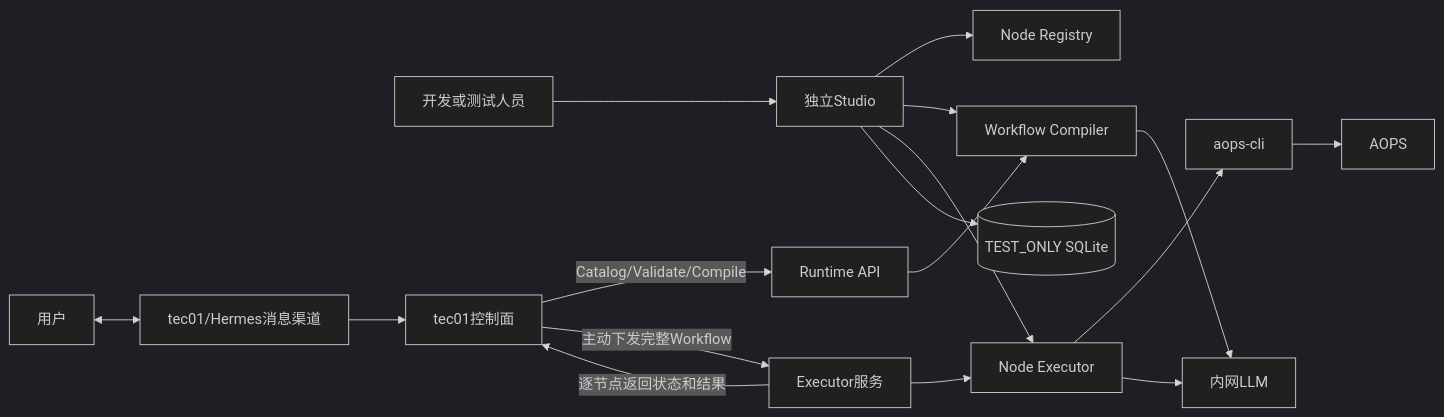
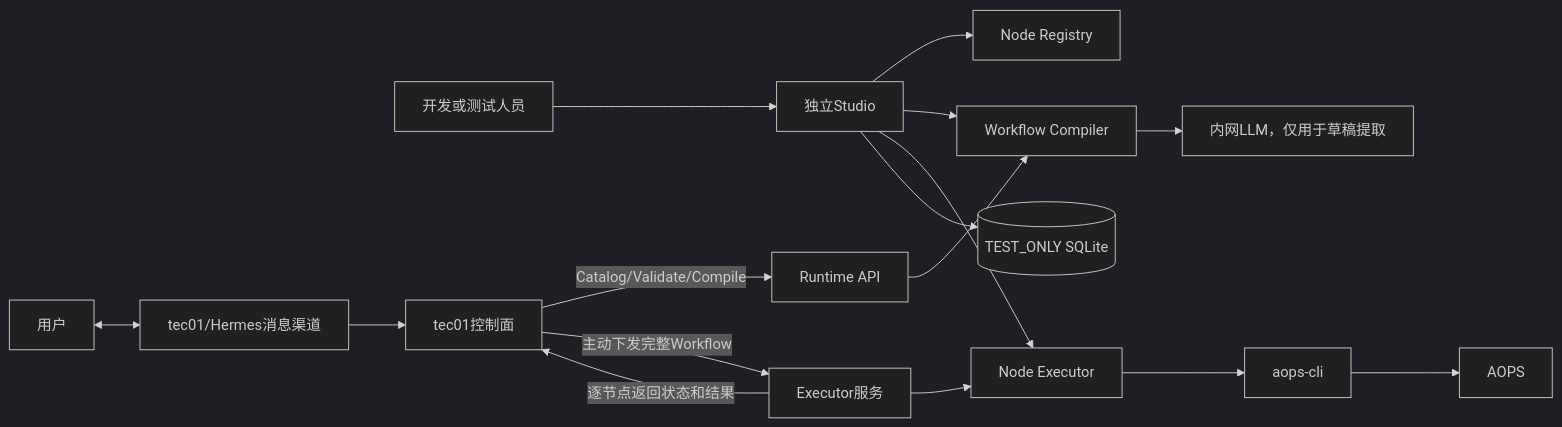
The diagram in docs/architecture.md (armin1024/itsm-workflow), drawn with Mermaid (dark theme) before and after one commit. The commit also changed other lines of this file and 7 other files, not shown here.

Commit message:
docs: define tec01 plan validation ownership and HITL flow

````diff
--- a/docs/architecture.md
+++ b/docs/architecture.md
@@ -5,20 +5,19 @@
 ```mermaid
 flowchart LR
     U[开发或测试人员] --> S[独立Studio]
     S --> R[Node Registry]
     S --> C[Workflow Compiler]
     S --> E[Node Executor]
     E --> CLI[aops-cli]
     CLI --> A[AOPS]
-    C --> L[内网LLM]
-    E --> L
+    C --> L[内网LLM，仅用于草稿提取]
     S --> DB[(TEST_ONLY SQLite)]
 
     U2[用户] <--> CH[tec01/Hermes消息渠道]
     CH --> T[tec01控制面]
     T -->|Catalog/Validate/Compile| API[Runtime API]
     API --> C
     T -->|主动下发完整Workflow| EX[Executor服务]
     EX --> E
     EX -->|逐节点返回状态和结果| T
 ```
````
